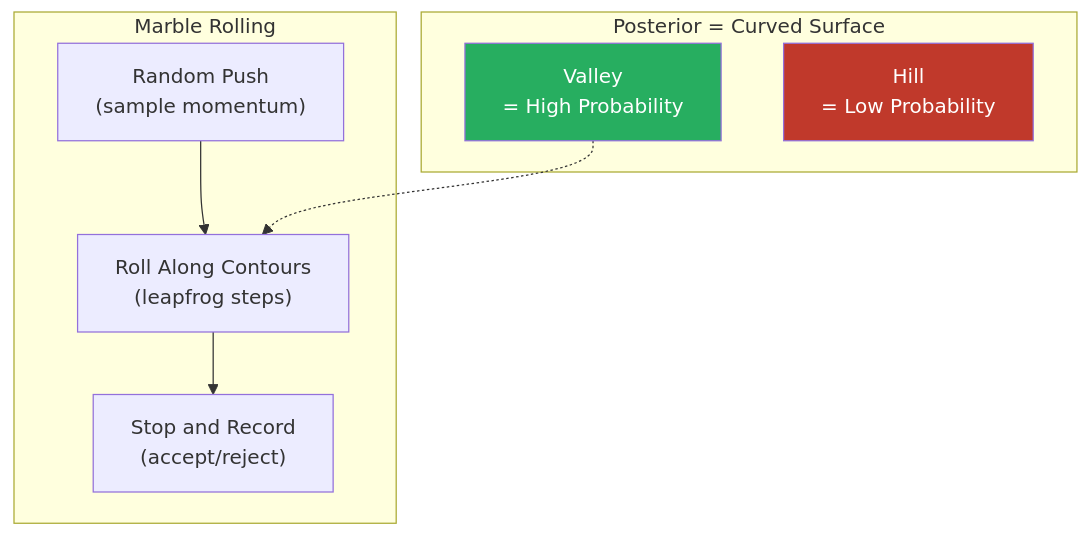
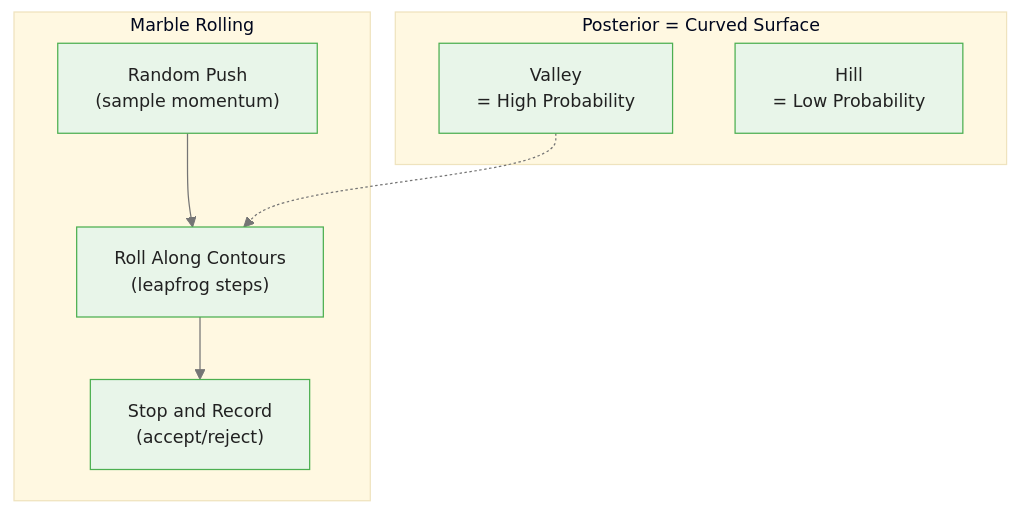
Before and after one commit to m-deane/course-creator: the second of 5 diagrams in courses/bayesian-commodity-forecasting/modules/module_06_inference/guides/02_hamiltonian_monte_carlo_slides.md, drawn with Mermaid. The commit also changed other lines of this file and 104 other files, not shown here.

````diff
--- a/courses/bayesian-commodity-forecasting/modules/module_06_inference/guides/02_hamiltonian_monte_carlo_slides.md
+++ b/courses/bayesian-commodity-forecasting/modules/module_06_inference/guides/02_hamiltonian_monte_carlo_slides.md
@@ -88,16 +103,15 @@
 ```mermaid
+%%{init: {"theme": "base", "themeVariables": {"primaryColor": "#e8f5e9", "primaryBorderColor": "#4caf50", "primaryTextColor": "#212121", "secondaryColor": "#e3f2fd", "tertiaryColor": "#fff8e1", "lineColor": "#757575", "fontFamily": "Inter, sans-serif", "fontSize": "14px"}}}%%
 flowchart TD
     subgraph Surface["Posterior = Curved Surface"]
         VALLEY["Valley\n= High Probability"]
         HILL["Hill\n= Low Probability"]
     end
     subgraph Marble["Marble Rolling"]
         PUSH["Random Push\n(sample momentum)"]
         ROLL["Roll Along Contours\n(leapfrog steps)"]
         STOP["Stop and Record\n(accept/reject)"]
     end
     PUSH --> ROLL --> STOP
     VALLEY -.-> ROLL
-    style VALLEY fill:#27ae60,color:#fff
-    style HILL fill:#c0392b,color:#fff
 ```
````
